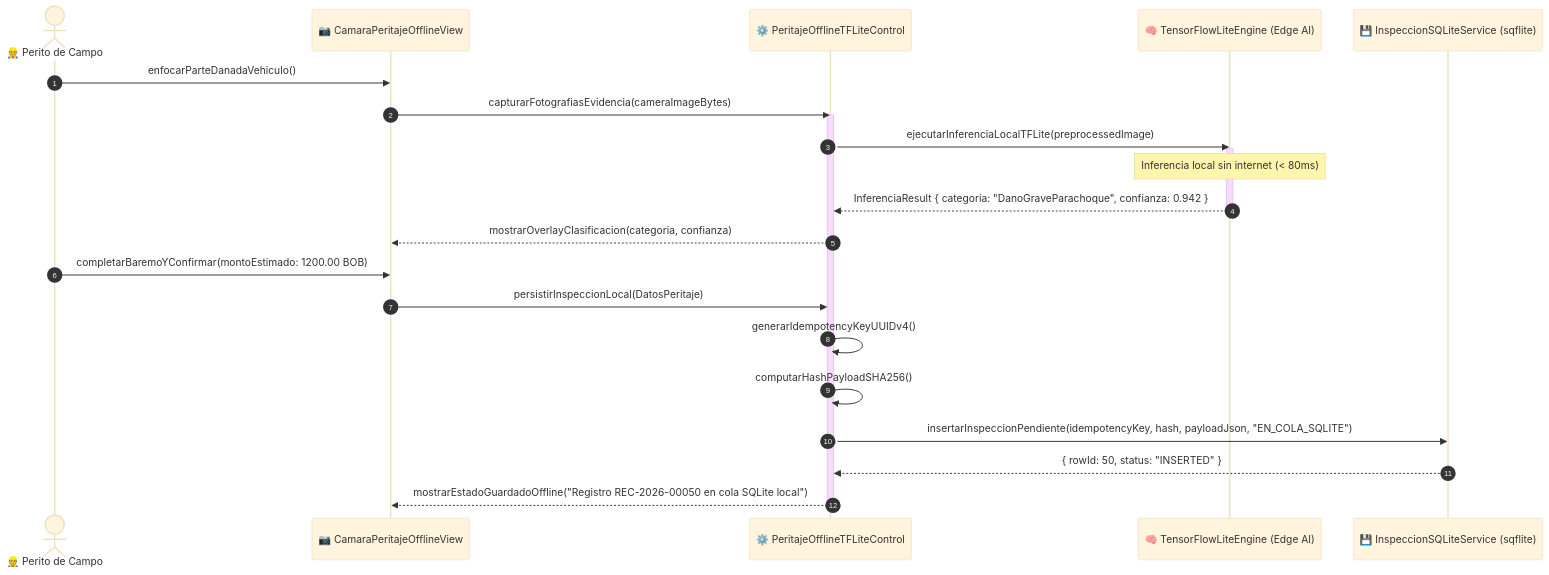
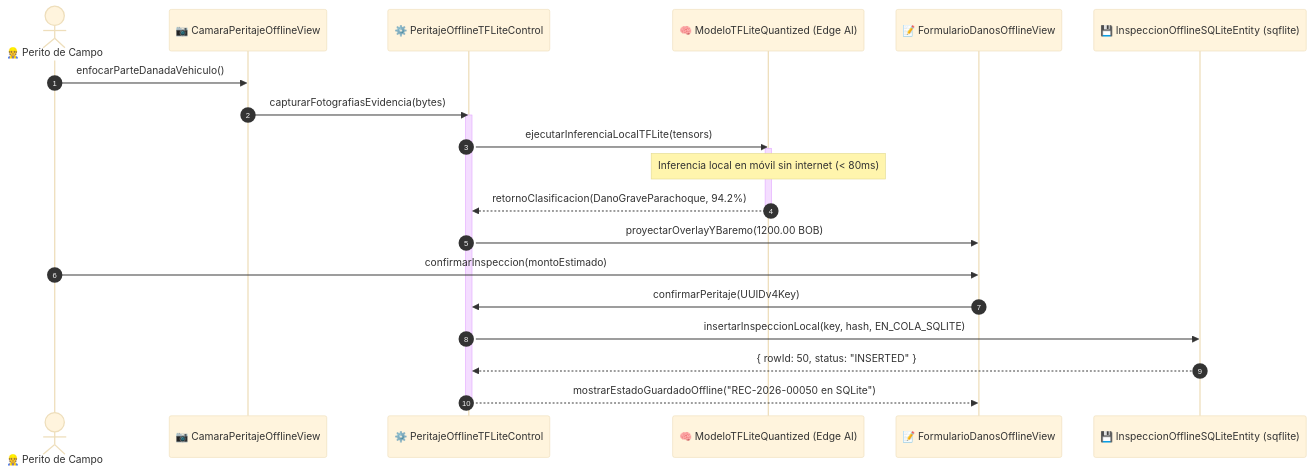
The tenth of 15 diagrams in docs/opcion_B_documentacion.md (DiegoxdGarcia2/2doParcialSW2), drawn with Mermaid (base theme) before and after one commit. The commit also changed other lines of this file and 10 other files, not shown here.

Commit message:
docs: actualizar documentacion formal segun guias GuiaDocIconix y agregar panel de navegacion con 14 diagramas en archivo .qea

````diff
--- a/docs/opcion_B_documentacion.md
+++ b/docs/opcion_B_documentacion.md
@@ -538,31 +672,26 @@
 ```mermaid
 sequenceDiagram
     autonumber
     actor PER as 👷 Perito de Campo
     participant CAM as 📷 CamaraPeritajeOfflineView
     participant CTRL as ⚙️ PeritajeOfflineTFLiteControl
-    participant TFL as 🧠 TensorFlowLiteEngine (Edge AI)
-    participant SQL as 💾 InspeccionSQLiteService (sqflite)
+    participant TFL as 🧠 ModeloTFLiteQuantized (Edge AI)
+    participant FORM as 📝 FormularioDanosOfflineView
+    participant SQL as 💾 InspeccionOfflineSQLiteEntity (sqflite)
 
     PER->>CAM: enfocarParteDanadaVehiculo()
-    CAM->>CTRL: capturarFotografiasEvidencia(cameraImageBytes)
+    CAM->>CTRL: capturarFotografiasEvidencia(bytes)
     activate CTRL
-    CTRL->>TFL: ejecutarInferenciaLocalTFLite(preprocessedImage)
+    CTRL->>TFL: ejecutarInferenciaLocalTFLite(tensors)
     activate TFL
-    Note over TFL: Inferencia local sin internet (< 80ms)
-    TFL-->>CTRL: InferenciaResult { categoria: "DanoGraveParachoque", confianza: 0.942 }
+    Note over TFL: Inferencia local en móvil sin internet (< 80ms)
+    TFL-->>CTRL: retornoClasificacion(DanoGraveParachoque, 94.2%)
     deactivate TFL
-    
-    CTRL-->>CAM: mostrarOverlayClasificacion(categoria, confianza)
-    PER->>CAM: completarBaremoYConfirmar(montoEstimado: 1200.00 BOB)
-    CAM->>CTRL: persistirInspeccionLocal(DatosPeritaje)
-    
-    CTRL->>CTRL: generarIdempotencyKeyUUIDv4()
-    CTRL->>CTRL: computarHashPayloadSHA256()
-    
-    CTRL->>SQL: insertarInspeccionPendiente(idempotencyKey, hash, payloadJson, "EN_COLA_SQLITE")
+    CTRL->>FORM: proyectarOverlayYBaremo(1200.00 BOB)
+    PER->>FORM: confirmarInspeccion(montoEstimado)
+    FORM->>CTRL: confirmarPeritaje(UUIDv4Key)
+    CTRL->>SQL: insertarInspeccionLocal(key, hash, EN_COLA_SQLITE)
     SQL-->>CTRL: { rowId: 50, status: "INSERTED" }
-    
-    CTRL-->>CAM: mostrarEstadoGuardadoOffline("Registro REC-2026-00050 en cola SQLite local")
+    CTRL-->>FORM: mostrarEstadoGuardadoOffline("REC-2026-00050 en SQLite")
     deactivate CTRL
 ```
````
